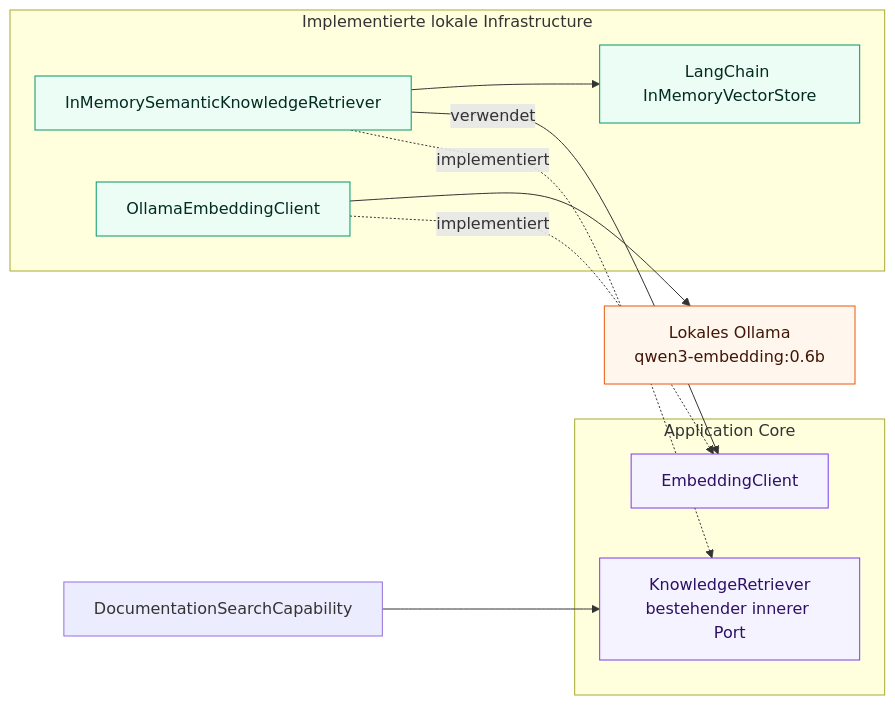
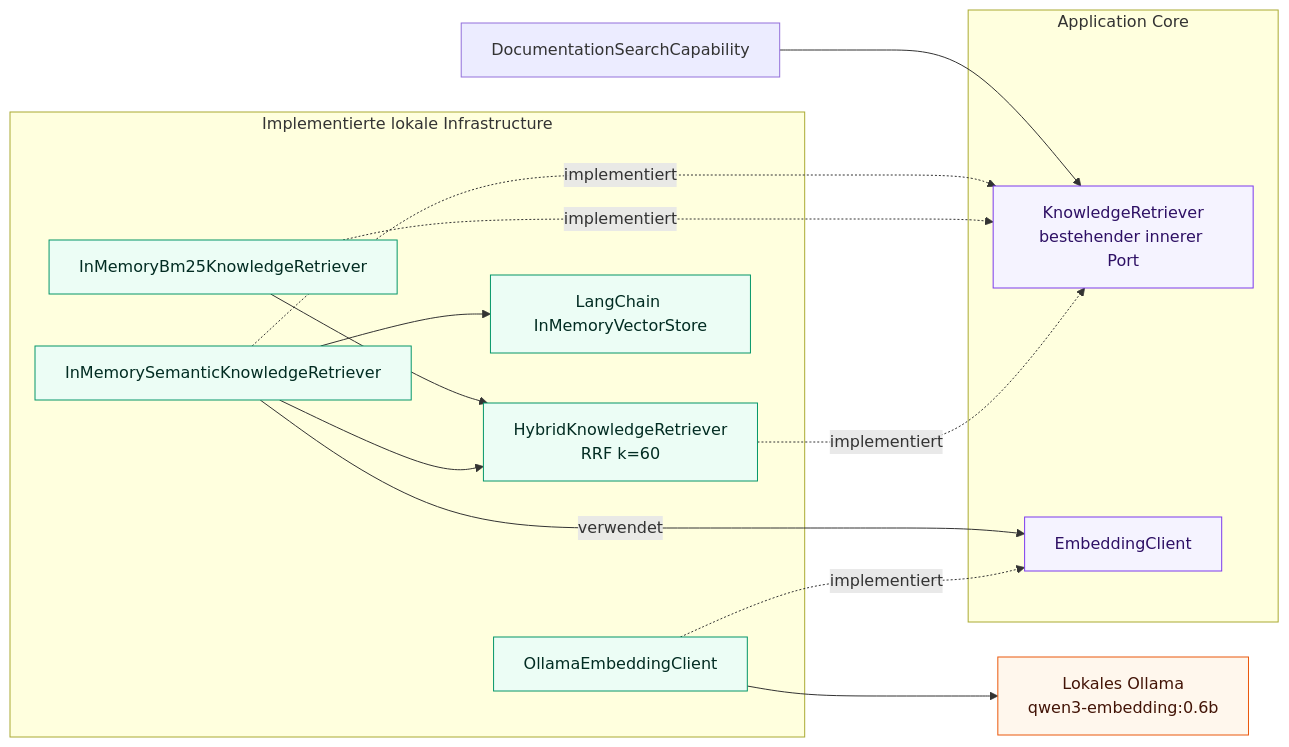
Before and after one commit to aboerzel/industrial-ai-agent: the tenth of 11 diagrams in docs/architecture/overview.de.md, drawn with Mermaid. The commit also changed other lines of this file and 8 other files, not shown here.

````diff
--- a/docs/architecture/overview.de.md
+++ b/docs/architecture/overview.de.md
@@ -586,28 +598,34 @@
 ```mermaid
 flowchart LR
     Capability["DocumentationSearchCapability"] --> KnowledgePort["KnowledgeRetriever<br/>bestehender innerer Port"]
 
     subgraph Core["Application Core"]
         KnowledgePort
         EmbeddingPort["EmbeddingClient"]
     end
 
     subgraph Infrastructure["Implementierte lokale Infrastructure"]
+        Bm25["InMemoryBm25KnowledgeRetriever"]
         Semantic["InMemorySemanticKnowledgeRetriever"]
+        Hybrid["HybridKnowledgeRetriever<br/>RRF k=60"]
         Adapter["OllamaEmbeddingClient"]
         Index["LangChain InMemoryVectorStore"]
     end
 
     Semantic -.->|"implementiert"| KnowledgePort
+    Bm25 -.->|"implementiert"| KnowledgePort
+    Hybrid -.->|"implementiert"| KnowledgePort
     Semantic -->|"verwendet"| EmbeddingPort
     Adapter -.->|"implementiert"| EmbeddingPort
     Semantic --> Index
+    Bm25 --> Hybrid
+    Semantic --> Hybrid
     Adapter --> Model["Lokales Ollama<br/>qwen3-embedding:0.6b"]
 
     classDef core fill:#f5f3ff,stroke:#7c3aed,color:#2e1065
     classDef adapter fill:#ecfdf5,stroke:#059669,color:#022c22
     classDef external fill:#fff7ed,stroke:#ea580c,color:#431407
     class KnowledgePort,EmbeddingPort core
-    class Semantic,Adapter,Index adapter
+    class Bm25,Semantic,Hybrid,Adapter,Index adapter
     class Model external
 ```
````
